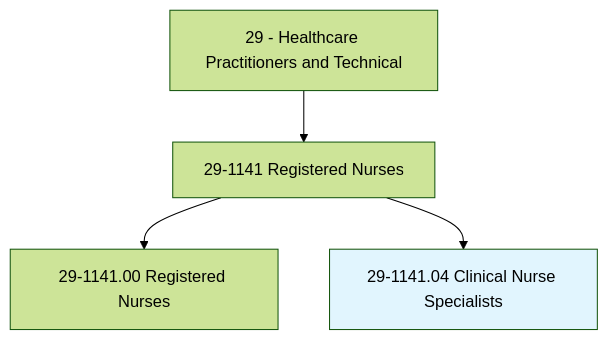
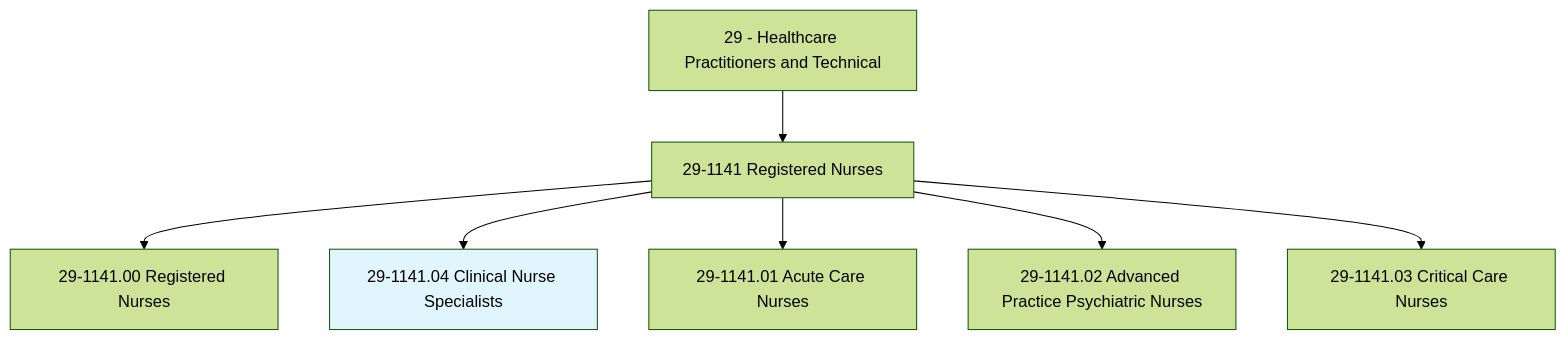
The first of 4 diagrams in occupations/HealthcarePractitioners/ClinicalNurseSpecialists.mdx (kziemski/business.org.ai), drawn with Mermaid (forest theme) before and after one commit. The commit also changed other lines of this file and 938 other files, not shown here.

````diff
--- a/occupations/HealthcarePractitioners/ClinicalNurseSpecialists.mdx
+++ b/occupations/HealthcarePractitioners/ClinicalNurseSpecialists.mdx
@@ -19,7 +23,10 @@
 ```mermaid
 graph TD
     Cat29["29 - Healthcare Practitioners and Technical"] --> Group291141["29-1141 Registered Nurses"]
     Group291141 --> Base["29-1141.00 Registered Nurses"]
     Group291141 --> Current["29-1141.04 Clinical Nurse Specialists"]
     style Current fill:#e1f5fe
+    Group291141 --> V01["29-1141.01 Acute Care Nurses"]
+    Group291141 --> V02["29-1141.02 Advanced Practice Psychiatric Nurses"]
+    Group291141 --> V03["29-1141.03 Critical Care Nurses"]
 ```
````
